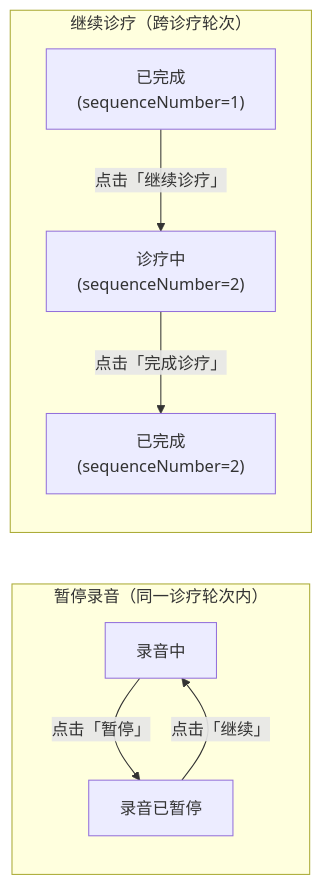
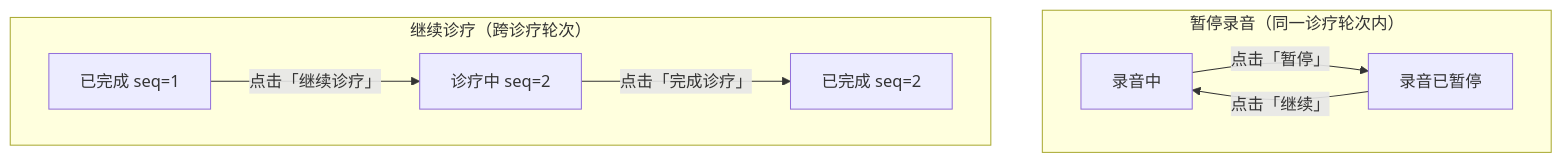
The second of 2 diagrams in uml/goodsop/v1.5-recording/registration-state-machine.md (Gamehu/pictures-bed), drawn with Mermaid before and after one commit. The commit also changed other lines of this file, not shown here.

First line of the commit message:
fix: 修复状态机图 Mermaid 渲染问题

````diff
--- a/uml/goodsop/v1.5-recording/registration-state-machine.md
+++ b/uml/goodsop/v1.5-recording/registration-state-machine.md
@@ -55,12 +55,14 @@
 ```mermaid
-graph LR
-    subgraph 暂停录音["暂停录音（同一诊疗轮次内）"]
-        A1["录音中"] -- "点击「暂停」" --> A2["录音已暂停"]
-        A2 -- "点击「继续」" --> A1
+graph TB
+    subgraph A["暂停录音（同一诊疗轮次内）"]
+        direction LR
+        A1["录音中"] -->|"点击「暂停」"| A2["录音已暂停"]
+        A2 -->|"点击「继续」"| A1
     end
 
-    subgraph 继续诊疗["继续诊疗（跨诊疗轮次）"]
-        B1["已完成\n(sequenceNumber=1)"] -- "点击「继续诊疗」" --> B2["诊疗中\n(sequenceNumber=2)"]
-        B2 -- "点击「完成诊疗」" --> B3["已完成\n(sequenceNumber=2)"]
+    subgraph B["继续诊疗（跨诊疗轮次）"]
+        direction LR
+        B1["已完成 seq=1"] -->|"点击「继续诊疗」"| B2["诊疗中 seq=2"]
+        B2 -->|"点击「完成诊疗」"| B3["已完成 seq=2"]
     end
 ```
````
